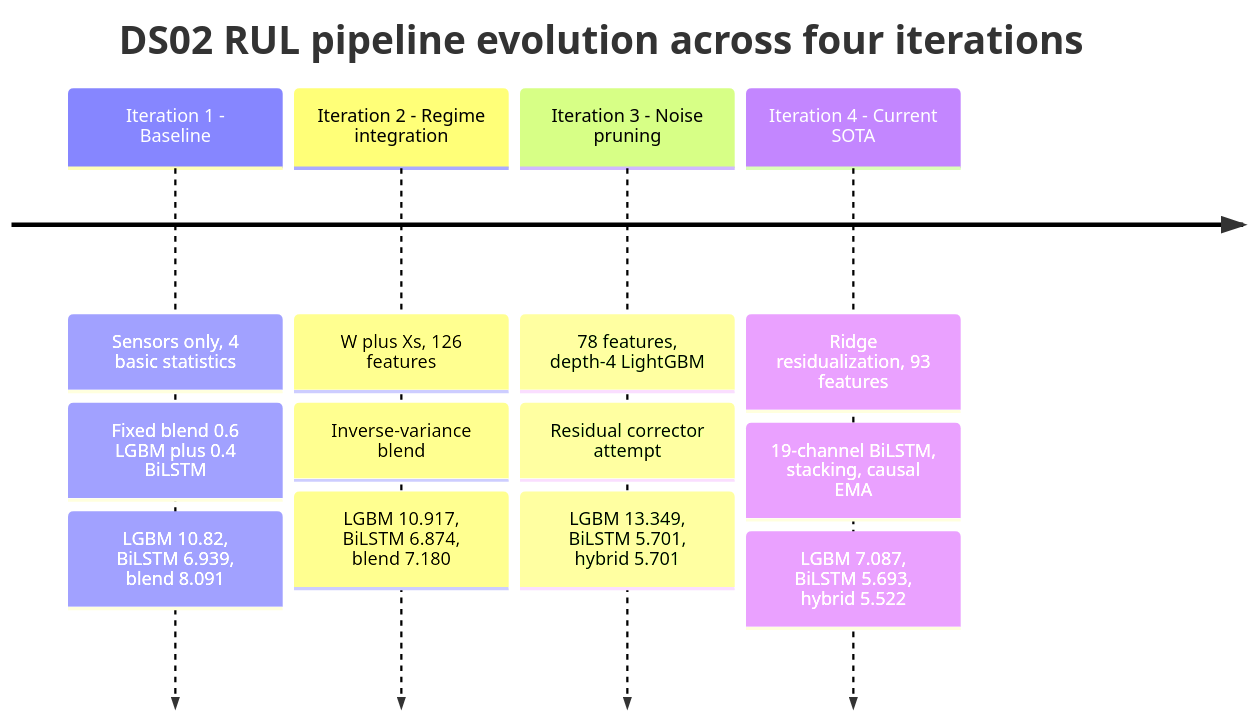
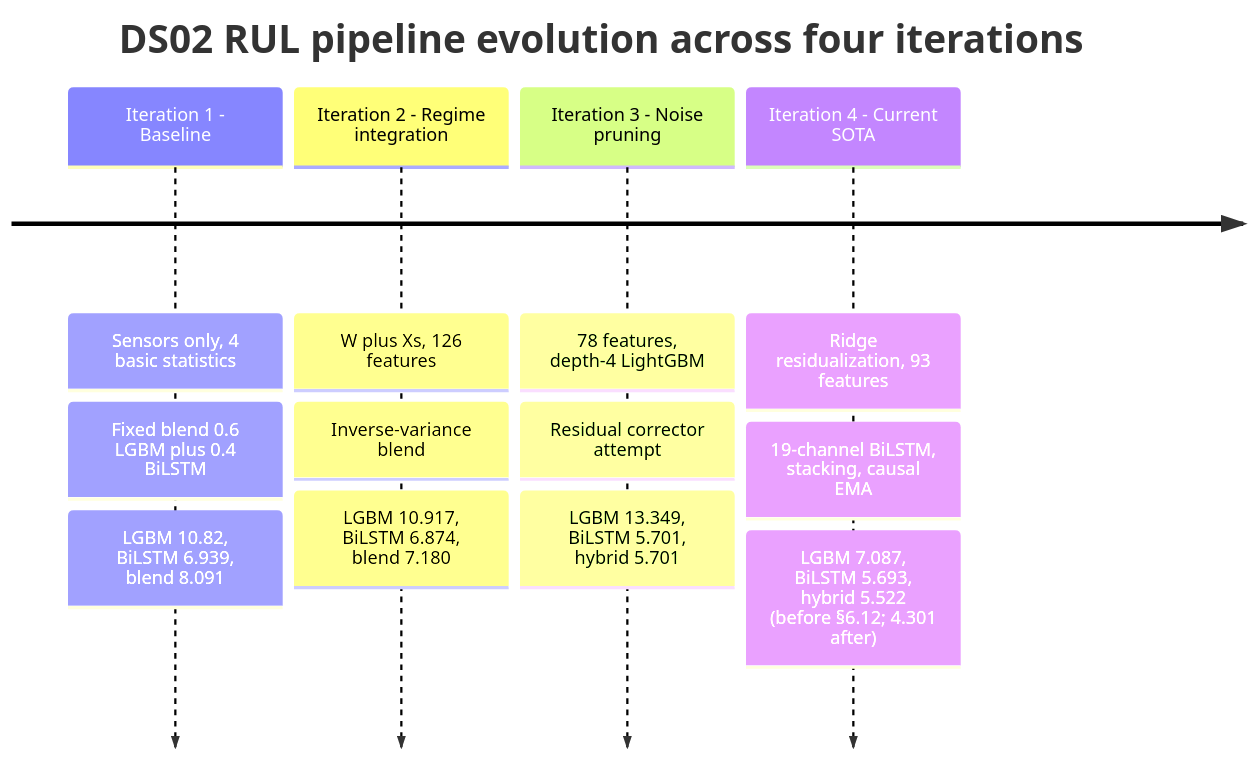
The second of 2 diagrams in docs/02_DS02_ensemble_RUL_spec.md (mikelrh-dev/nasa-rul-ds02), drawn with Mermaid before and after one commit. The commit also changed other lines of this file and 36 other files, not shown here.

````diff
--- a/docs/02_DS02_ensemble_RUL_spec.md
+++ b/docs/02_DS02_ensemble_RUL_spec.md
@@ -95,8 +106,8 @@
 ```mermaid
 timeline
     title DS02 RUL pipeline evolution across four iterations
     Iteration 1 - Baseline : Sensors only, 4 basic statistics : Fixed blend 0.6 LGBM plus 0.4 BiLSTM : LGBM 10.82, BiLSTM 6.939, blend 8.091
     Iteration 2 - Regime integration : W plus Xs, 126 features : Inverse-variance blend : LGBM 10.917, BiLSTM 6.874, blend 7.180
     Iteration 3 - Noise pruning : 78 features, depth-4 LightGBM : Residual corrector attempt : LGBM 13.349, BiLSTM 5.701, hybrid 5.701
-    Iteration 4 - Current SOTA : Ridge residualization, 93 features : 19-channel BiLSTM, stacking, causal EMA : LGBM 7.087, BiLSTM 5.693, hybrid 5.522
+    Iteration 4 - Current SOTA : Ridge residualization, 93 features : 19-channel BiLSTM, stacking, causal EMA : LGBM 7.087, BiLSTM 5.693, hybrid 5.522 (before §6.12; 4.301 after)
 ```
````
